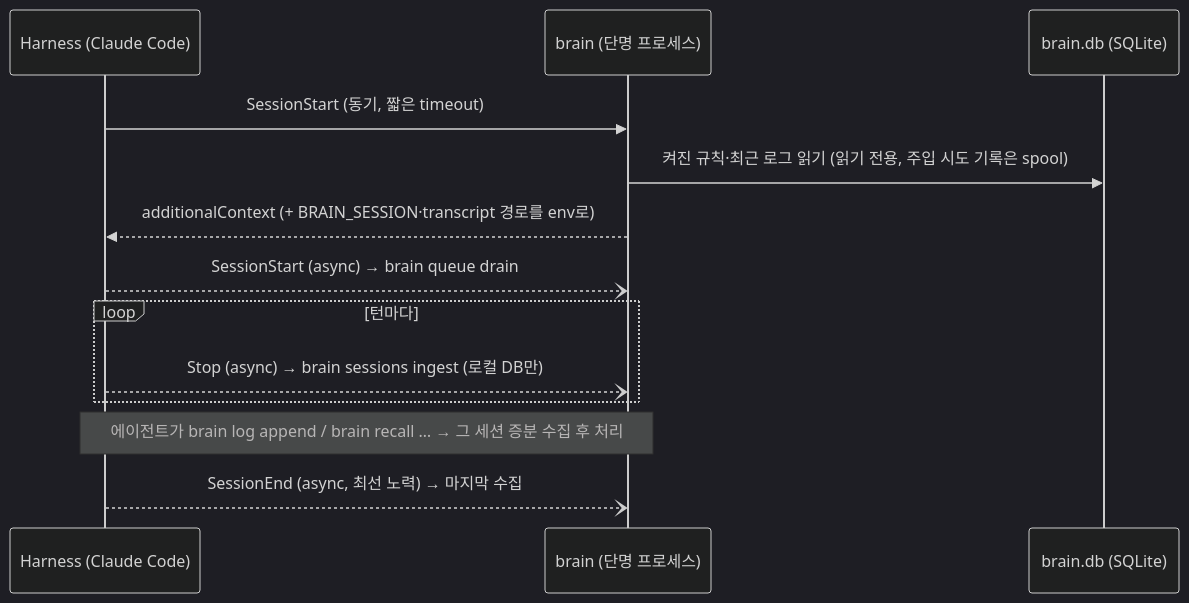
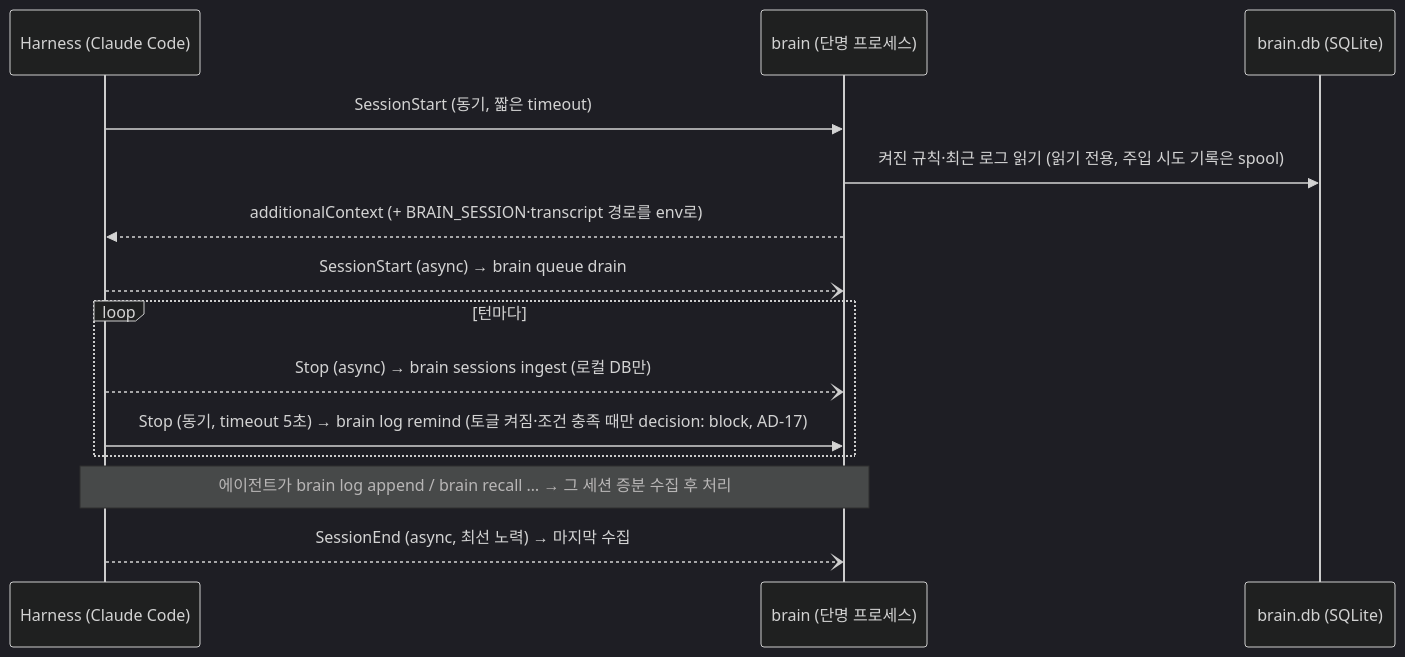
One commit to gmae199boy/second-brain changed the second of 4 diagrams in _bmad-output/personal-brain/architecture-brain-v1-slice-1/architecture-brain-v1-slice-1.md. Above: the diagram before and after it, drawn with Mermaid (dark theme). The commit also changed other lines of this file and 5 other files, not shown here.

````diff
--- a/_bmad-output/personal-brain/architecture-brain-v1-slice-1/architecture-brain-v1-slice-1.md
+++ b/_bmad-output/personal-brain/architecture-brain-v1-slice-1/architecture-brain-v1-slice-1.md
@@ -133,15 +134,16 @@
 ```mermaid
 sequenceDiagram
   participant H as Harness (Claude Code)
   participant B as brain (단명 프로세스)
   participant DB as brain.db (SQLite)
   H->>B: SessionStart (동기, 짧은 timeout)
   B->>DB: 켜진 규칙·최근 로그 읽기 (읽기 전용, 주입 시도 기록은 spool)
   B-->>H: additionalContext (+ BRAIN_SESSION·transcript 경로를 env로)
   H--)B: SessionStart (async) → brain queue drain
   loop 턴마다
     H--)B: Stop (async) → brain sessions ingest (로컬 DB만)
+    H->>B: Stop (동기, timeout 5초) → brain log remind (토글 켜짐·조건 충족 때만 decision: block, AD-17)
   end
   Note over H,B: 에이전트가 brain log append / brain recall … → 그 세션 증분 수집 후 처리
   H--)B: SessionEnd (async, 최선 노력) → 마지막 수집
 ```
````
